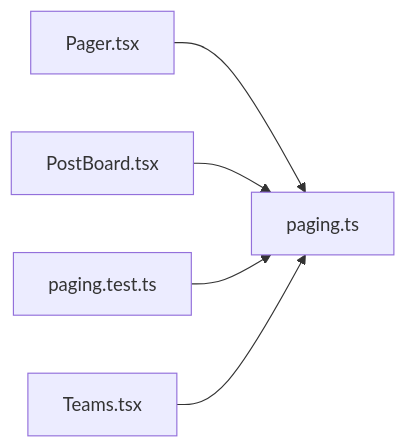
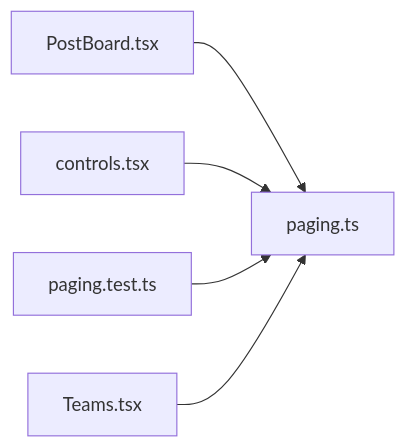
The diagram in .cluedoc/graph/frontend/src/lib/paging.md (minkong-dev/Banblit), drawn with Mermaid before and after one commit. The commit also changed other lines of this file and 78 other files, not shown here.

Commit message:
frontend: merge single-function files into Board, Profile, Search, controls, loading and pipeline

````diff
--- a/.cluedoc/graph/frontend/src/lib/paging.md
+++ b/.cluedoc/graph/frontend/src/lib/paging.md
@@ -10,8 +10,8 @@
 ```mermaid
 flowchart LR
   frontend_src_lib_paging["paging.ts"]
-  frontend_src_components_Pager["Pager.tsx"] --> frontend_src_lib_paging
   frontend_src_components_PostBoard["PostBoard.tsx"] --> frontend_src_lib_paging
+  frontend_src_components_controls["controls.tsx"] --> frontend_src_lib_paging
   frontend_src_lib_paging_test["paging.test.ts"] --> frontend_src_lib_paging
   frontend_src_routes_Teams["Teams.tsx"] --> frontend_src_lib_paging
 ```
````
